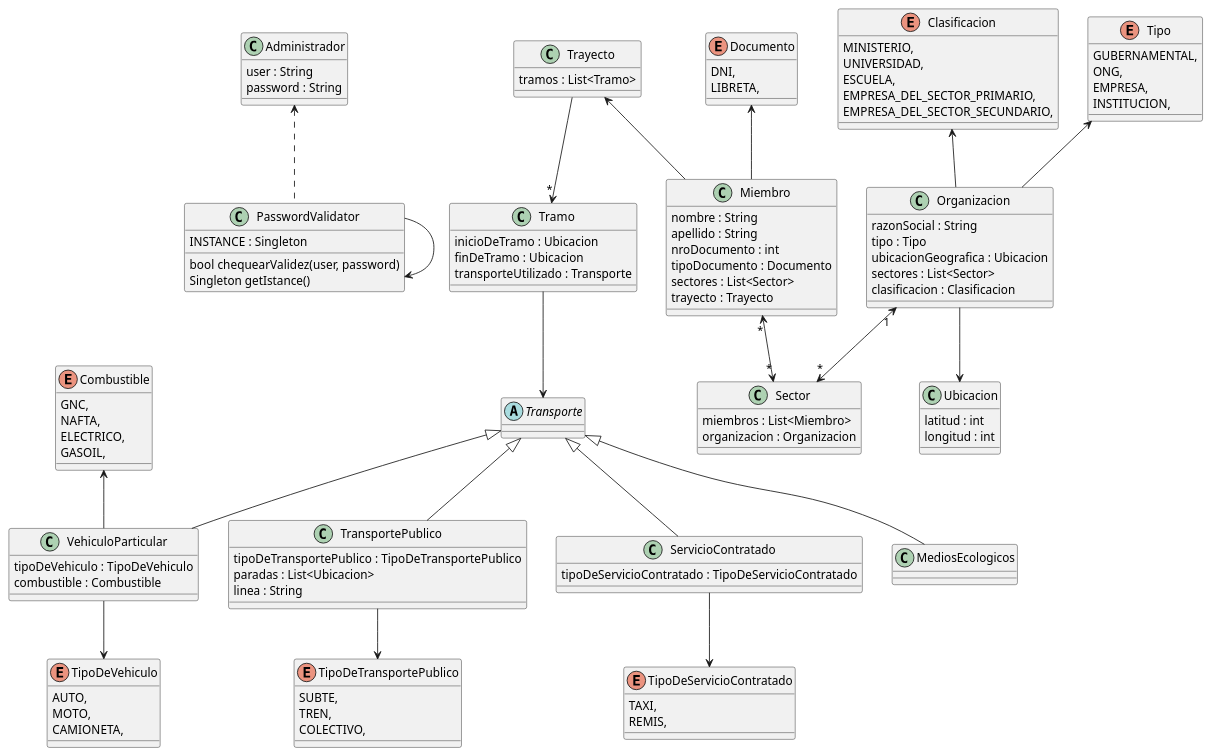
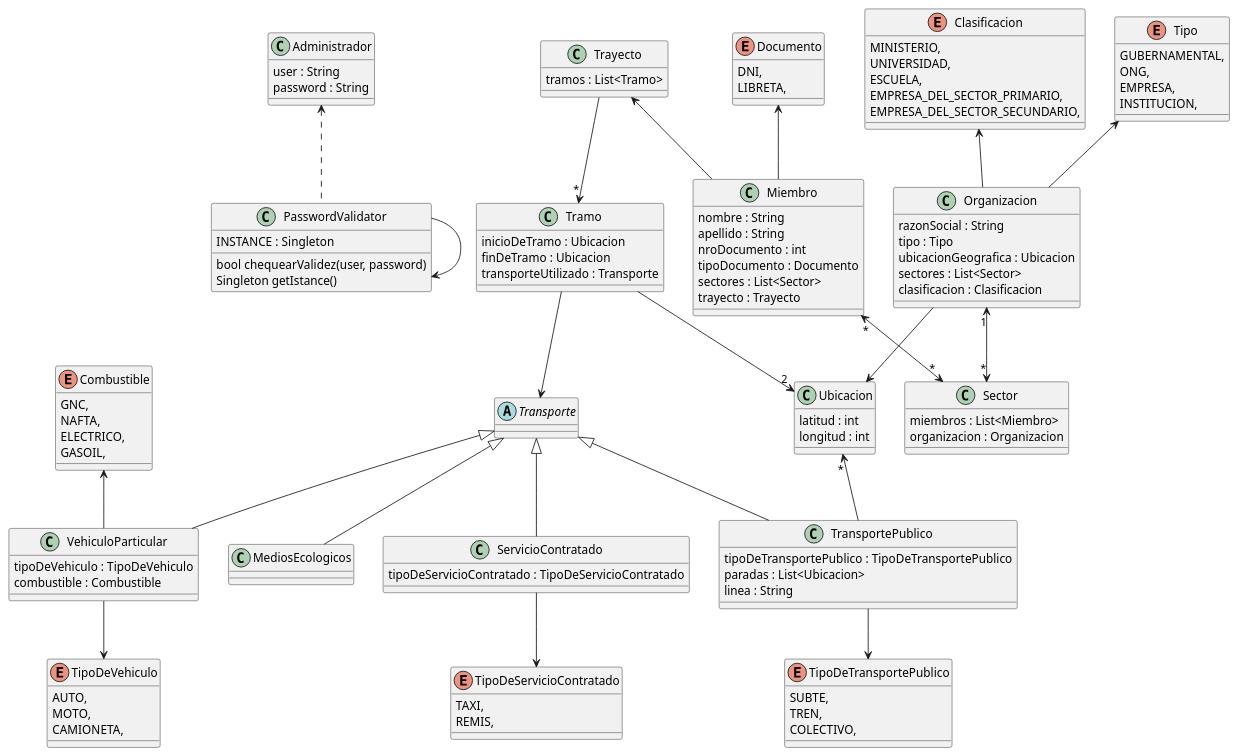
Before and after one commit to mbeorlegui/tpa-dds-2022: the diagram in Diagrama.puml, drawn with PlantUML. The commit also changed 1 other file, not shown here.

Commit message:
Fix ubicaciones de diagrama

```diff
--- a/Diagrama.puml
+++ b/Diagrama.puml
@@ -1,148 +1,150 @@
 @startuml TPA-1
 
 class Organizacion {
   razonSocial : String
   tipo : Tipo
   ubicacionGeografica : Ubicacion
   sectores : List<Sector>
   clasificacion : Clasificacion
 }
 
 class Ubicacion {
   latitud : int
   longitud : int
 }
 
 class Sector {
   miembros : List<Miembro>
   organizacion : Organizacion
 }
 
 class Miembro {
   nombre : String
   apellido : String
   nroDocumento : int
   tipoDocumento : Documento
   sectores : List<Sector>
   trayecto : Trayecto
 }
 ' Ponemos lista de sectores en el Miembro
 ' y que cada sector conozca su organizacion,
 ' de forma tal que el miembro pueda acceder a su
 ' organizacion mediante el sector
 
 enum Documento {
   DNI,
   LIBRETA,
 }
 
 enum Tipo {
   GUBERNAMENTAL,
   ONG,
   EMPRESA,
   INSTITUCION,
 }
 
 enum Clasificacion {
   MINISTERIO,
   UNIVERSIDAD,
   ESCUELA,
   EMPRESA_DEL_SECTOR_PRIMARIO,
   EMPRESA_DEL_SECTOR_SECUNDARIO,
 }
 
 ' Usamos strategy para los medios de transportes
 abstract class Transporte {
 
 }
 
 class VehiculoParticular {
   tipoDeVehiculo : TipoDeVehiculo
   combustible : Combustible
 }
 
 class TransportePublico {
   tipoDeTransportePublico : TipoDeTransportePublico
   paradas : List<Ubicacion>
   linea : String
 }
 
 class ServicioContratado {
   tipoDeServicioContratado : TipoDeServicioContratado
 }
 
 ' Se refiere a caminar o a bicicleta
 class MediosEcologicos {
 
 }
 
 
 enum TipoDeTransportePublico {
   SUBTE,
   TREN,
   COLECTIVO,
 }
 
 enum TipoDeVehiculo {
   AUTO,
   MOTO,
   CAMIONETA,
 }
 
 enum TipoDeServicioContratado{
   TAXI,
   REMIS,
 }
 
 enum Combustible {
   GNC,
   NAFTA,
   ELECTRICO,
   GASOIL,
 }
 
 class Tramo {
   inicioDeTramo : Ubicacion
   finDeTramo : Ubicacion
   transporteUtilizado : Transporte
 }
 
 class Trayecto {
   tramos : List<Tramo>
 }
 
 class Administrador {
   user : String
   password : String
 }
 
 class PasswordValidator {
   INSTANCE : Singleton
   bool chequearValidez(user, password)
   Singleton getIstance()
 }
 
 Miembro "*"<-->"*" Sector
 Organizacion -up-> Tipo
 Organizacion -up-> Clasificacion
 Organizacion --> Ubicacion
 Organizacion "1"<-->"*" Sector
 Miembro -up-> Documento
 
 Trayecto --> "*" Tramo
 Trayecto <-- Miembro
 Tramo --> Transporte
+Tramo -->"2" Ubicacion
+TransportePublico -up->"*" Ubicacion
 TransportePublico --> TipoDeTransportePublico
-VehiculoParticular --> TipoDeVehiculo
+VehiculoParticular -down-> TipoDeVehiculo
 VehiculoParticular -up-> Combustible
 ServicioContratado -down-> TipoDeServicioContratado
 
 TransportePublico -up-|> Transporte
 VehiculoParticular -up-|> Transporte
 MediosEcologicos -up-|> Transporte
 ServicioContratado -up-|> Transporte
 
 PasswordValidator .up.> Administrador
 PasswordValidator --> PasswordValidator
 
 @enduml
```
